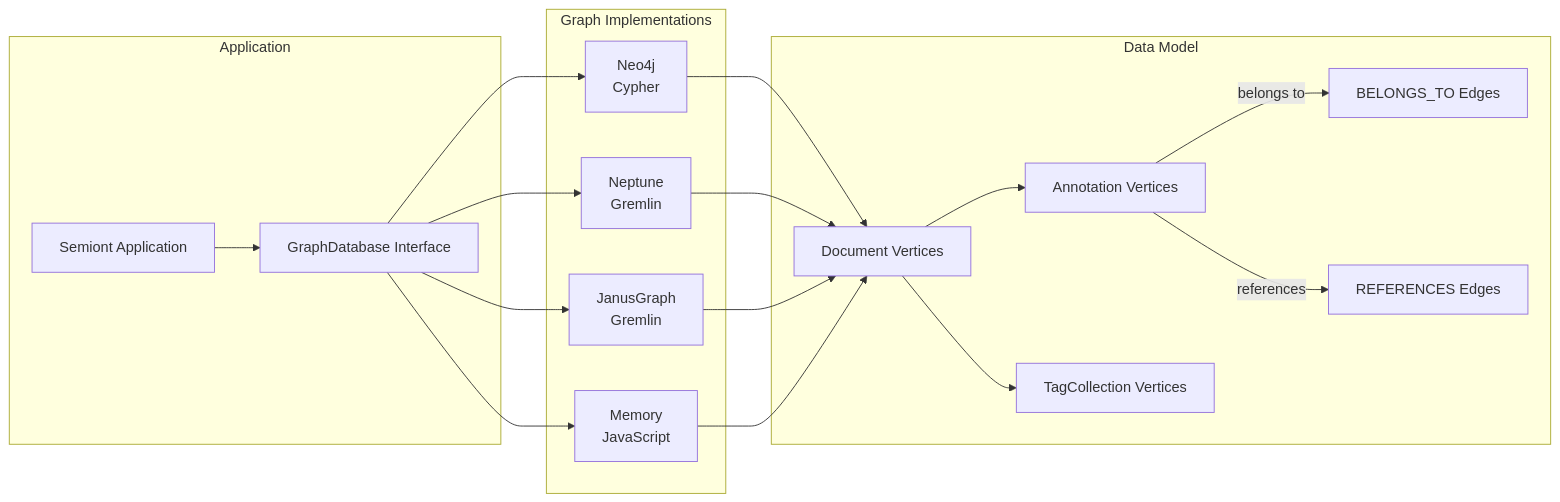
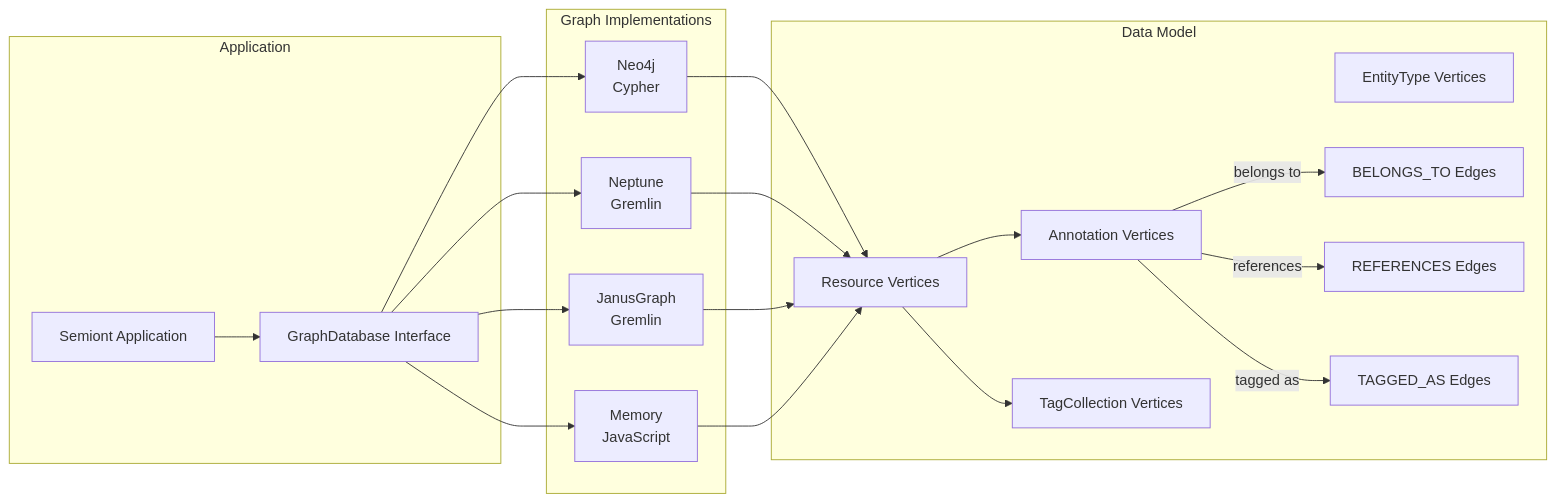
One commit to The-AI-Alliance/semiont changed the first of 2 diagrams in packages/graph/docs/ARCHITECTURE.md. Above: the diagram before and after it, drawn with Mermaid. The commit also changed other lines of this file and 158 other files, not shown here.

````diff
--- a/packages/graph/docs/ARCHITECTURE.md
+++ b/packages/graph/docs/ARCHITECTURE.md
@@ -33,38 +33,41 @@
 ```mermaid
 graph LR
     subgraph "Application"
         APP[Semiont Application]
         GDI[GraphDatabase Interface]
     end
 
     subgraph "Graph Implementations"
         NEO[Neo4j<br/>Cypher]
         NEP[Neptune<br/>Gremlin]
         JAN[JanusGraph<br/>Gremlin]
         MEM[Memory<br/>JavaScript]
     end
 
     subgraph "Data Model"
-        DOC[Document Vertices]
+        RES[Resource Vertices]
         ANN[Annotation Vertices]
+        ET[EntityType Vertices]
         TAG[TagCollection Vertices]
         BT[BELONGS_TO Edges]
         REF[REFERENCES Edges]
+        TA[TAGGED_AS Edges]
     end
 
     APP --> GDI
     GDI --> NEO
     GDI --> NEP
     GDI --> JAN
     GDI --> MEM
 
-    NEO --> DOC
-    NEP --> DOC
-    JAN --> DOC
-    MEM --> DOC
+    NEO --> RES
+    NEP --> RES
+    JAN --> RES
+    MEM --> RES
 
-    DOC --> ANN
+    RES --> ANN
     ANN -->|belongs to| BT
     ANN -->|references| REF
-    DOC --> TAG
+    ANN -->|tagged as| TA
+    RES --> TAG
 ```
````
